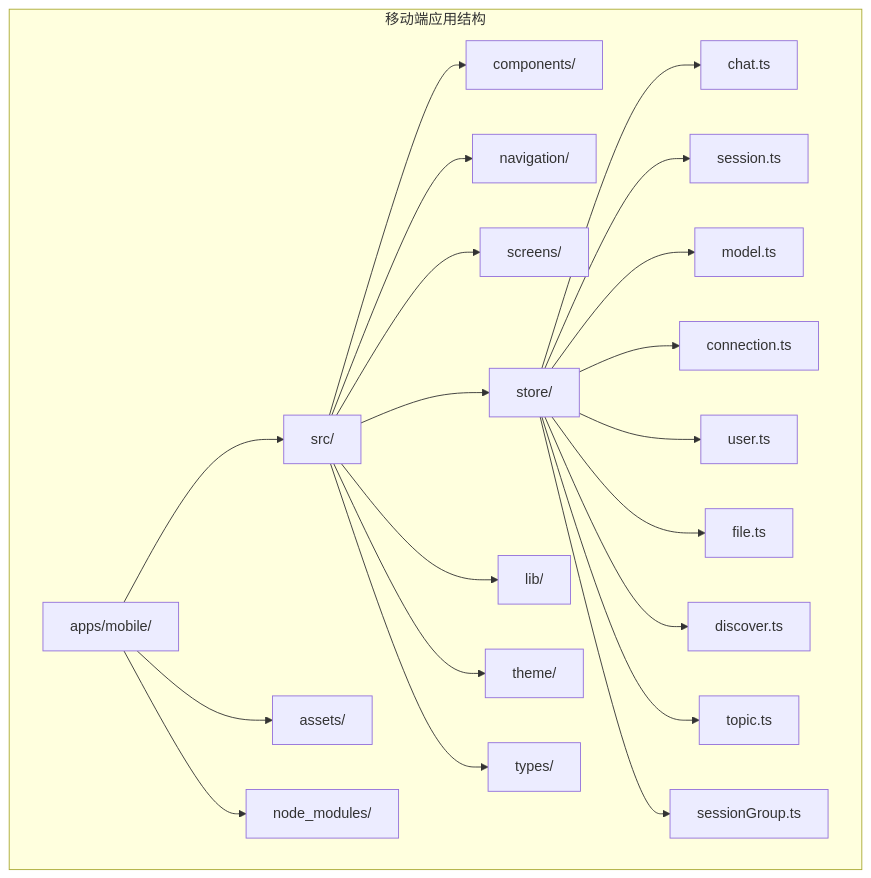
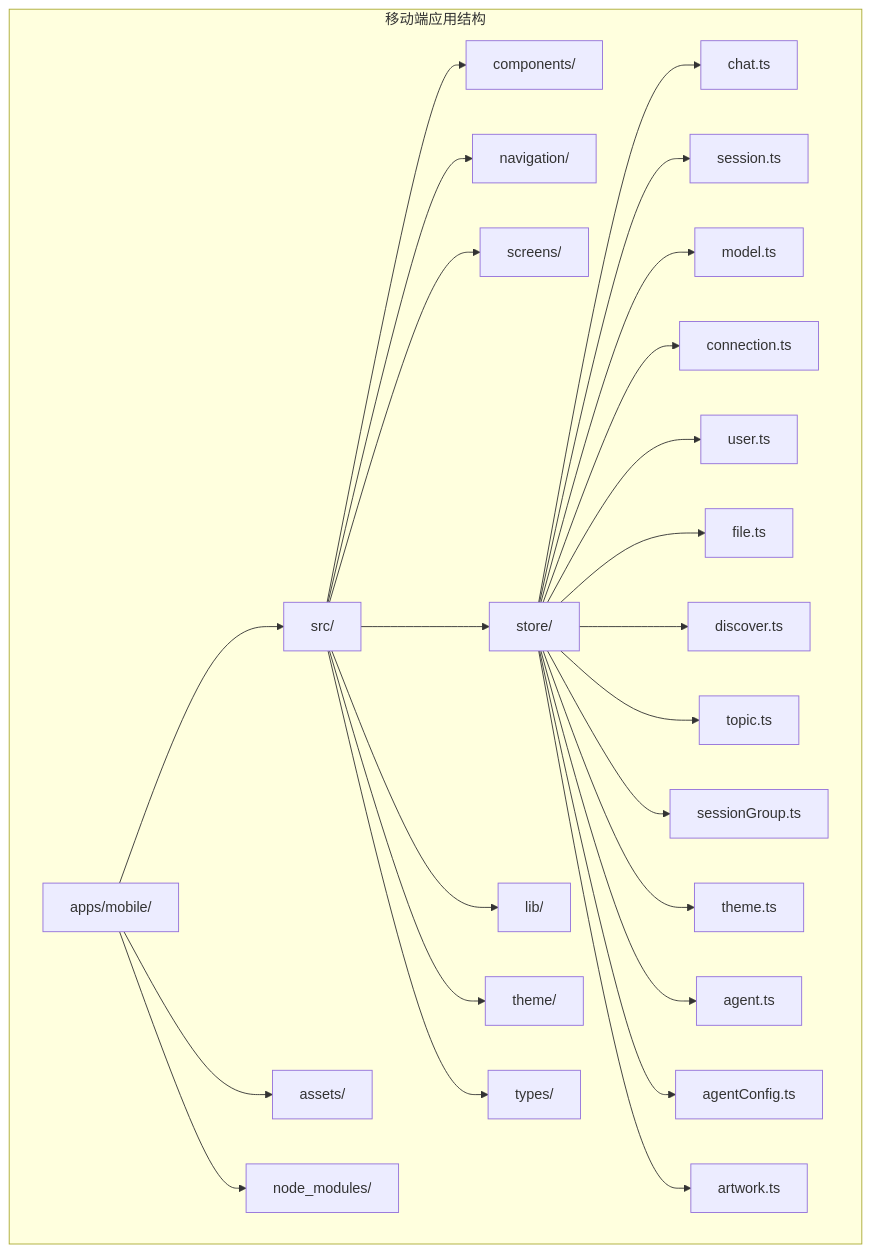
One commit to AvatoLabs/avato changed the first of 13 diagrams in .qoder/repowiki/zh/content/状态管理/移动端状态管理.md. Above: the diagram before and after it, drawn with Mermaid. The commit also changed other lines of this file and 158 other files, not shown here.

````diff
--- a/.qoder/repowiki/zh/content/状态管理/移动端状态管理.md
+++ b/.qoder/repowiki/zh/content/状态管理/移动端状态管理.md
@@ -39,24 +58,28 @@
 ```mermaid
 graph TB
 subgraph "移动端应用结构"
 A[apps/mobile/] --> B[src/]
 A --> C[assets/]
 A --> D[node_modules/]
 B --> E[components/]
 B --> F[navigation/]
 B --> G[screens/]
 B --> H[store/]
 B --> I[lib/]
 B --> J[theme/]
 B --> K[types/]
 H --> L[chat.ts]
 H --> M[session.ts]
 H --> N[model.ts]
 H --> O[connection.ts]
 H --> P[user.ts]
 H --> Q[file.ts]
 H --> R[discover.ts]
 H --> S[topic.ts]
 H --> T[sessionGroup.ts]
+H --> U[theme.ts]
+H --> V[agent.ts]
+H --> W[agentConfig.ts]
+H --> X[artwork.ts]
 end
 ```
````
